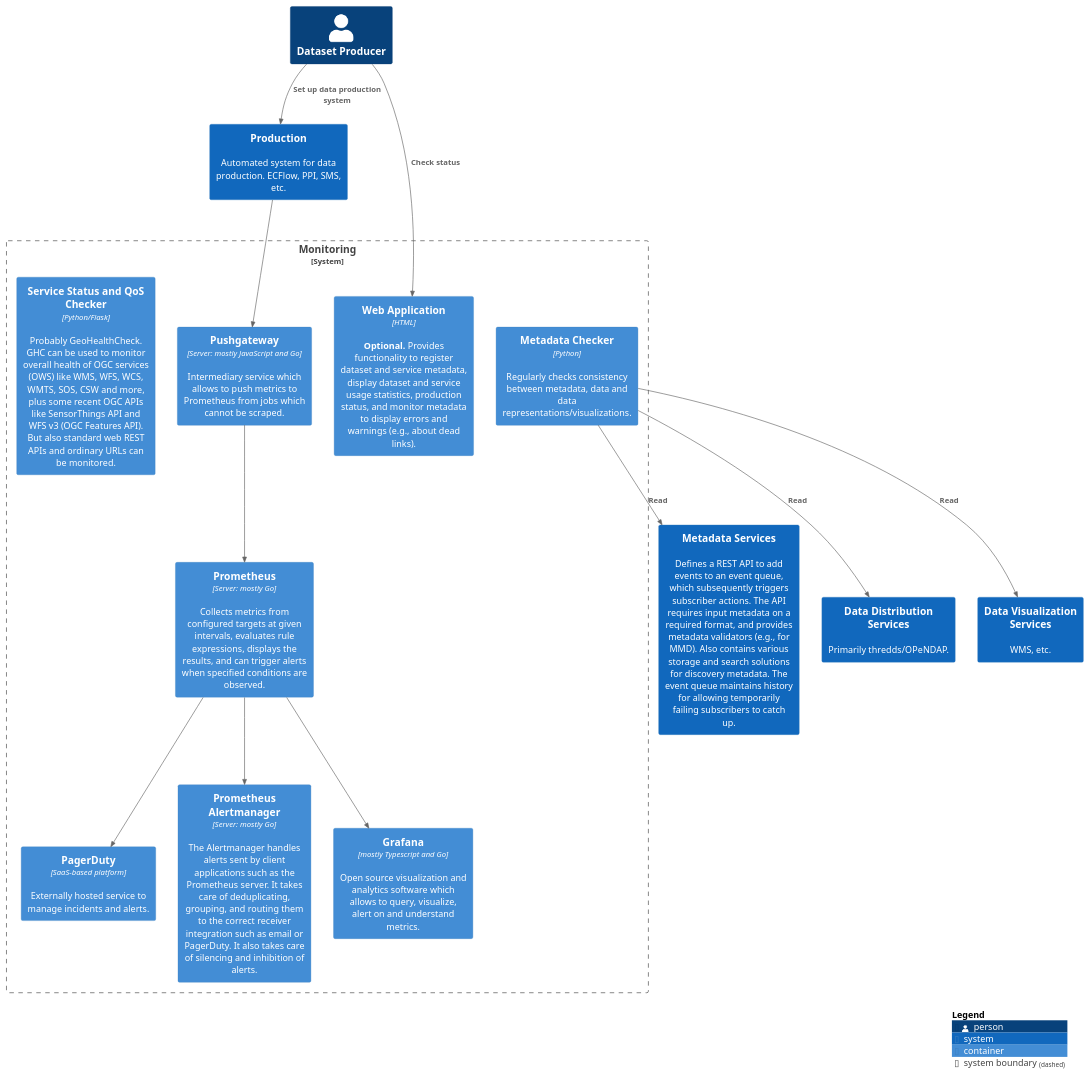
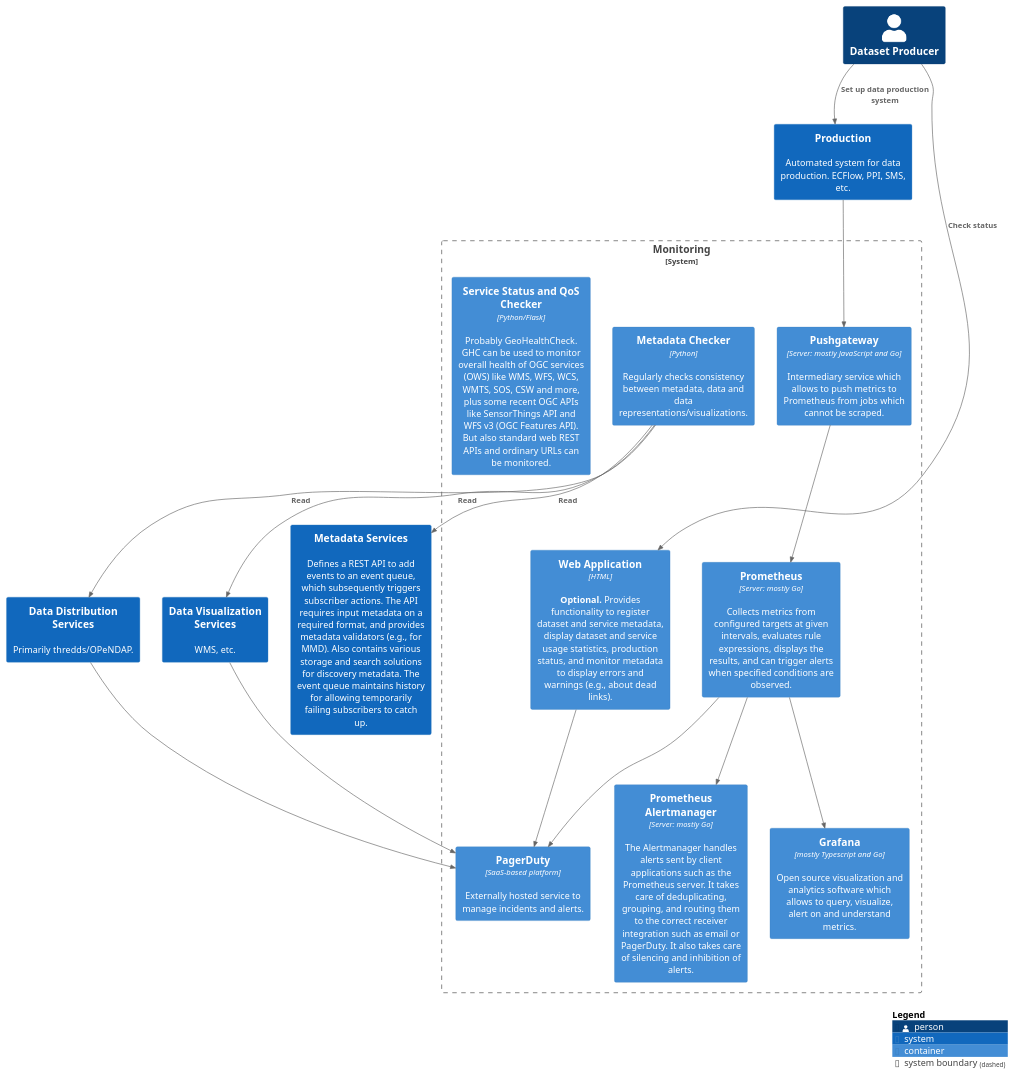
Before and after one commit to metno/S-ENDA-documentation: the diagram in source/puml/architecture/S-ENDA-monitoring-container-diagram.puml, drawn with PlantUML.

Commit message:
Un-comment some relations

```diff
--- a/source/puml/architecture/S-ENDA-monitoring-container-diagram.puml
+++ b/source/puml/architecture/S-ENDA-monitoring-container-diagram.puml
@@ -1,66 +1,66 @@
 @startuml S-ENDA-monitoring-container-diagram
 !include https://raw.githubusercontent.com/plantuml-stdlib/C4-PlantUML/master/C4_Container.puml
 
 LAYOUT_TOP_DOWN()
 'left to right direction
 
 
 Person(dataproducer, "Dataset Producer")
 
 System(dmservice, "Metadata Services", "Defines a REST API to add events to an event queue, which subsequently triggers subscriber actions. The API requires input metadata on a required format, and provides metadata validators (e.g., for MMD). Also contains various storage and search solutions for discovery metadata. The event queue maintains history for allowing temporarily failing subscribers to catch up.")
 System(productionhub, "Production", "Automated system for data production. ECFlow, PPI, SMS, etc.")
 System(dist_systems, "Data Distribution Services", "Primarily thredds/OPeNDAP.")
 System(vis_systems, "Data Visualization Services", "WMS, etc.")
 'System(hosting, "Virtual Machines, K8 Pods", "Servers and applications for further data processing and exposure to consumers.")
 
 System_Boundary(monitoring, "Monitoring", "Monitoring of usage, metadata consistency, and status of services and production chains. Uses existing systems (e.g., prometheus/grafana)."){
 
   Container(checker, "Metadata Checker", "Python", "Regularly checks consistency between metadata, data and data representations/visualizations.")
 
   Container(pagerduty, "PagerDuty", "SaaS-based platform", "Externally hosted service to manage incidents and alerts.")
   
   Container(pushgateway, "Pushgateway", "Server: mostly JavaScript and Go", "Intermediary service which allows to push metrics to Prometheus from jobs which cannot be scraped.")
   
   Container(alertmanager, "Prometheus Alertmanager", "Server: mostly Go", "The Alertmanager handles alerts sent by client applications such as the Prometheus server. It takes care of deduplicating, grouping, and routing them to the correct receiver integration such as email or PagerDuty. It also takes care of silencing and inhibition of alerts.")
 
   Container(web_app, "Web Application", "HTML", "<b>Optional.</b> Provides functionality to register dataset and service metadata, display dataset and service usage statistics, production status, and monitor metadata to display errors and warnings (e.g., about dead links).")
   
   Container(ghc, "Service Status and QoS Checker", "Python/Flask", "Probably GeoHealthCheck. GHC can be used to monitor overall health of OGC services (OWS) like WMS, WFS, WCS, WMTS, SOS, CSW and more, plus some recent OGC APIs like SensorThings API and WFS v3 (OGC Features API). But also standard web REST APIs and ordinary URLs can be monitored.")
 
   Container(prometheus, "Prometheus", "Server: mostly Go", "Collects metrics from configured targets at given intervals, evaluates rule expressions, displays the results, and can trigger alerts when specified conditions are observed.")
   Container(grafana, "Grafana", "mostly Typescript and Go", "Open source visualization and analytics software which allows to query, visualize, alert on and understand metrics.")
   
 }
 
 Rel(checker, dmservice, "Read")
 Rel(checker, dist_systems, "Read")
 Rel(checker, vis_systems, "Read")
 
 Rel(productionhub,pushgateway," ")
 Rel(pushgateway,prometheus," ")
-'Rel(web_app,pagerduty," ")
+Rel(web_app,pagerduty," ")
 'Rel(web_app,prometheus," ")
 Rel(prometheus,alertmanager," ")
 Rel(prometheus,pagerduty," ")
 Rel(prometheus,grafana," ")
-'Rel(dist_systems,pagerduty," ")
-'Rel(vis_systems,pagerduty," ")
+Rel(dist_systems,pagerduty," ")
+Rel(vis_systems,pagerduty," ")
 
 'Rel(dist_systems,prometheus," ")
 'Rel(vis_systems,prometheus," ")
 'Rel(vis_systems,pagerduty," ")
 
 Rel(dataproducer, web_app, "Check status")
 
 'Rel(ghc, dmservice, " ")
 'Rel(ghc, dist_systems, " ")
 'Rel(ghc, vis_systems, " ")
 
 Rel(dataproducer, productionhub, "Set up data production system")
 'Rel(productionhub, dist_systems, "Store")
 'Rel(productionhub, dmservice, "Validate/create/update/delete", "HTTP POST")
 'Rel(productionhub, dmservice, "Listen", "CloudEvent")
 'Rel(productionhub, vis_systems, "Store/Configure")
 
 SHOW_LEGEND()
 @enduml
```
